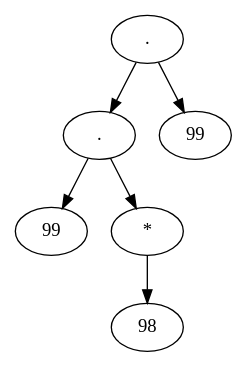
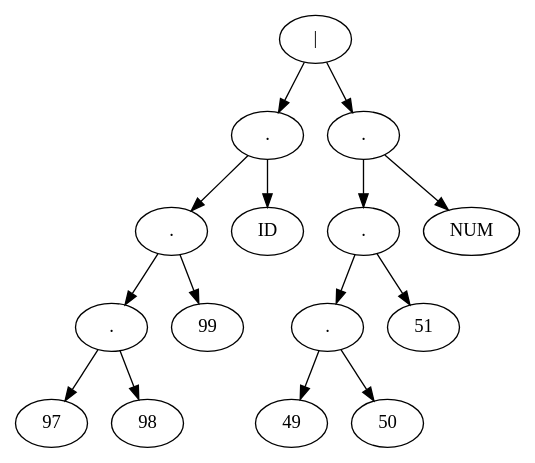
Before and after one commit to Danval-003/LexicalAnalyzer-LL1-SRL-Scanner: the diagram in backend/src/tree/ast.dot, drawn with Graphviz. The commit also changed 5 other files, not shown here.

```diff
--- a/backend/src/tree/ast.dot
+++ b/backend/src/tree/ast.dot
@@ -1,14 +1,32 @@
 digraph AST {
-	Nb->N1;
+	Na->N1;
 	Na->N2;
 	Nb->Na;
-	Nc->Nb;
-	Nc->N3;
-	N1 [ label="99" ];
+	Nb->N3;
+	NT3->Nb;
+	NT3->NTK3;
+	NO6->NT3;
+	Nc->N4;
+	Nc->N5;
+	Nd->Nc;
+	Nd->N6;
+	NT6->Nd;
+	NT6->NTK6;
+	NO6->NT6;
+	N1 [ label="97" ];
 	N2 [ label="98" ];
 	N3 [ label="99" ];
-	Na [ label="*" ];
+	N4 [ label="49" ];
+	N5 [ label="50" ];
+	N6 [ label="51" ];
+	NO6 [ label="|" ];
+	NT3 [ label="." ];
+	NT6 [ label="." ];
+	NTK3 [ label="ID" ];
+	NTK6 [ label="NUM" ];
+	Na [ label="." ];
 	Nb [ label="." ];
 	Nc [ label="." ];
+	Nd [ label="." ];
 
 }
```
